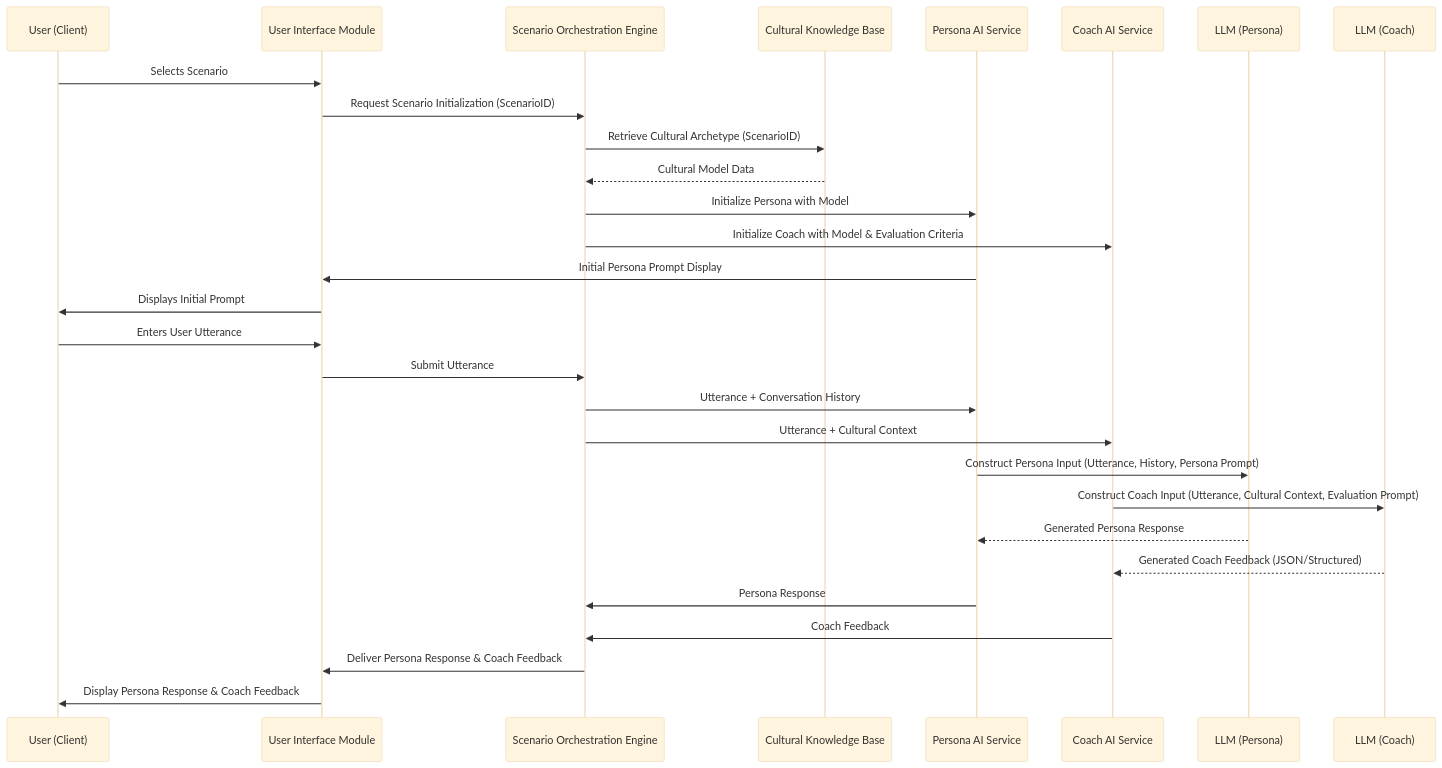
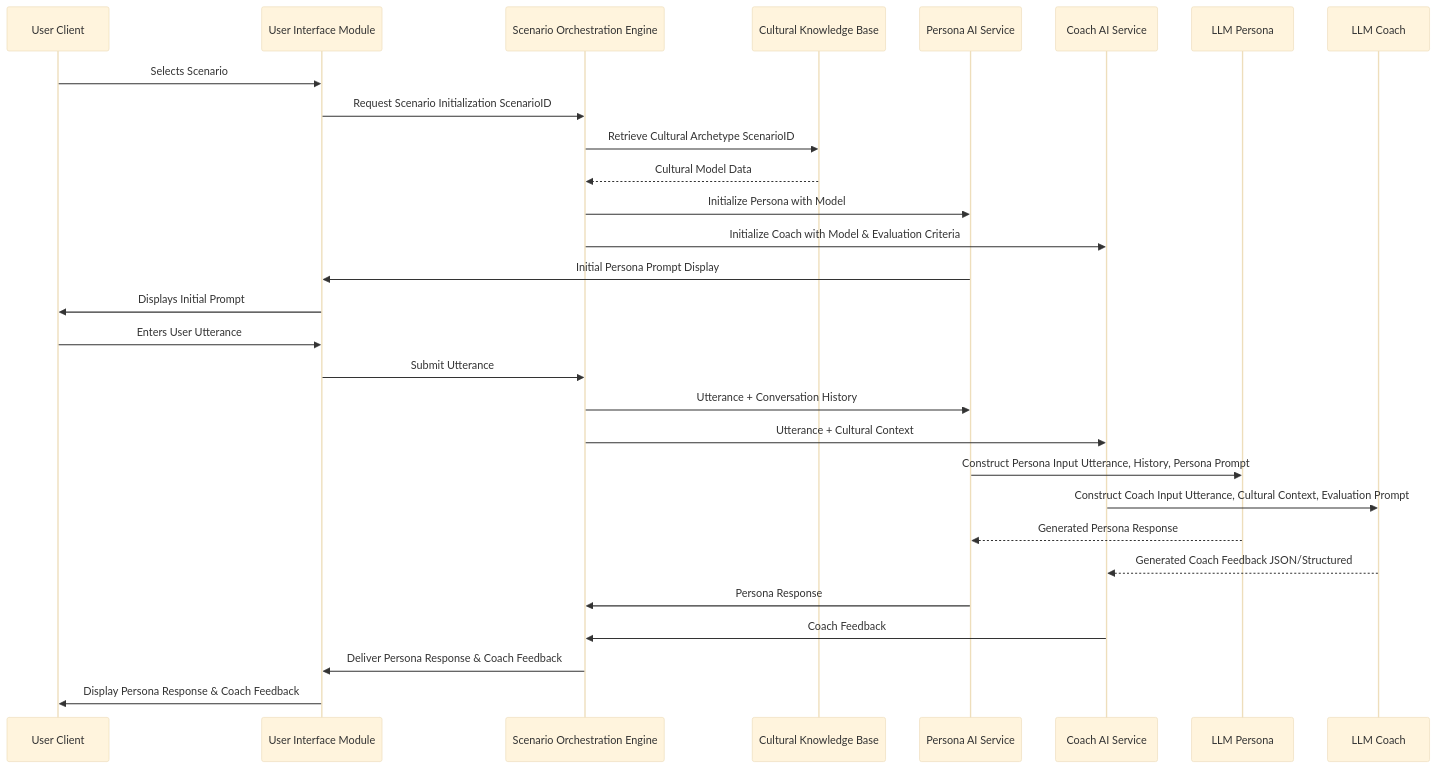
The second of 4 diagrams in inventions/019_cultural_communication_simulation.md (diplomat-bit/Citibank_Demo_Business_Inc_Demonstration-), drawn with Mermaid (base theme) before and after one commit. The commit also changed other lines of this file, not shown here.

Commit message:
[AI] Edit: inventions/019_cultural_communication_simulation.md

````diff
--- a/inventions/019_cultural_communication_simulation.md
+++ b/inventions/019_cultural_communication_simulation.md
@@ -57,32 +56,32 @@
 ```mermaid
 sequenceDiagram
-    participant User as User (Client)
+    participant User as User Client
     participant UI as User Interface Module
     participant SOE as Scenario Orchestration Engine
     participant CKB as Cultural Knowledge Base
     participant PAS as Persona AI Service
     participant CAS as Coach AI Service
-    participant LLM_P as LLM (Persona)
-    participant LLM_C as LLM (Coach)
+    participant LLM_P as LLM Persona
+    participant LLM_C as LLM Coach
 
     User->>UI: Selects Scenario
-    UI->>SOE: Request Scenario Initialization (ScenarioID)
-    SOE->>CKB: Retrieve Cultural Archetype (ScenarioID)
+    UI->>SOE: Request Scenario Initialization ScenarioID
+    SOE->>CKB: Retrieve Cultural Archetype ScenarioID
     CKB-->>SOE: Cultural Model Data
     SOE->>PAS: Initialize Persona with Model
     SOE->>CAS: Initialize Coach with Model & Evaluation Criteria
     PAS->>UI: Initial Persona Prompt Display
     UI->>User: Displays Initial Prompt
     User->>UI: Enters User Utterance
     UI->>SOE: Submit Utterance
     SOE->>PAS: Utterance + Conversation History
     SOE->>CAS: Utterance + Cultural Context
-    PAS->>LLM_P: Construct Persona Input (Utterance, History, Persona Prompt)
-    CAS->>LLM_C: Construct Coach Input (Utterance, Cultural Context, Evaluation Prompt)
+    PAS->>LLM_P: Construct Persona Input Utterance, History, Persona Prompt
+    CAS->>LLM_C: Construct Coach Input Utterance, Cultural Context, Evaluation Prompt
     LLM_P-->>PAS: Generated Persona Response
-    LLM_C-->>CAS: Generated Coach Feedback (JSON/Structured)
+    LLM_C-->>CAS: Generated Coach Feedback JSON/Structured
     PAS->>SOE: Persona Response
     CAS->>SOE: Coach Feedback
     SOE->>UI: Deliver Persona Response & Coach Feedback
     UI->>User: Display Persona Response & Coach Feedback
 ```
````
